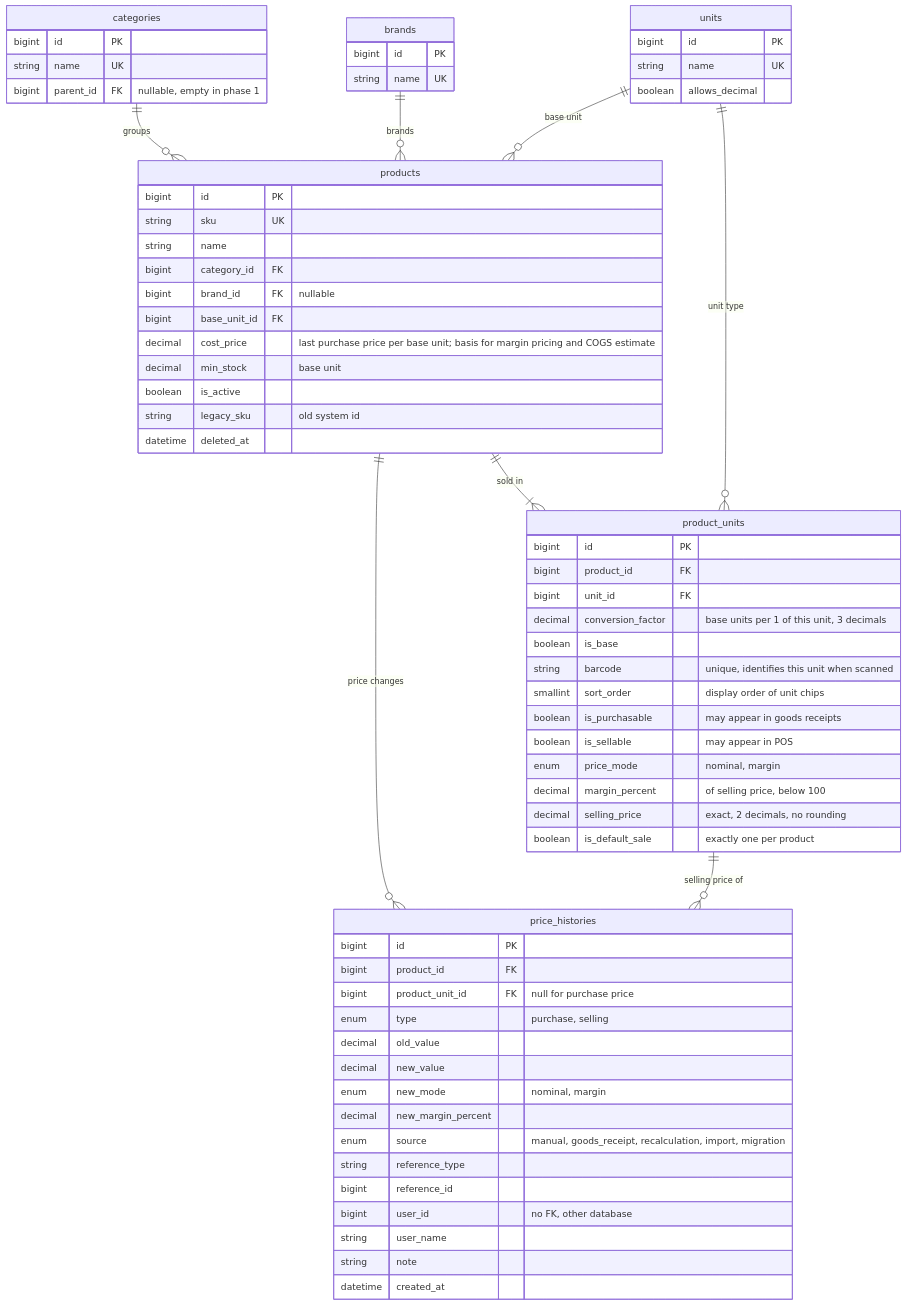
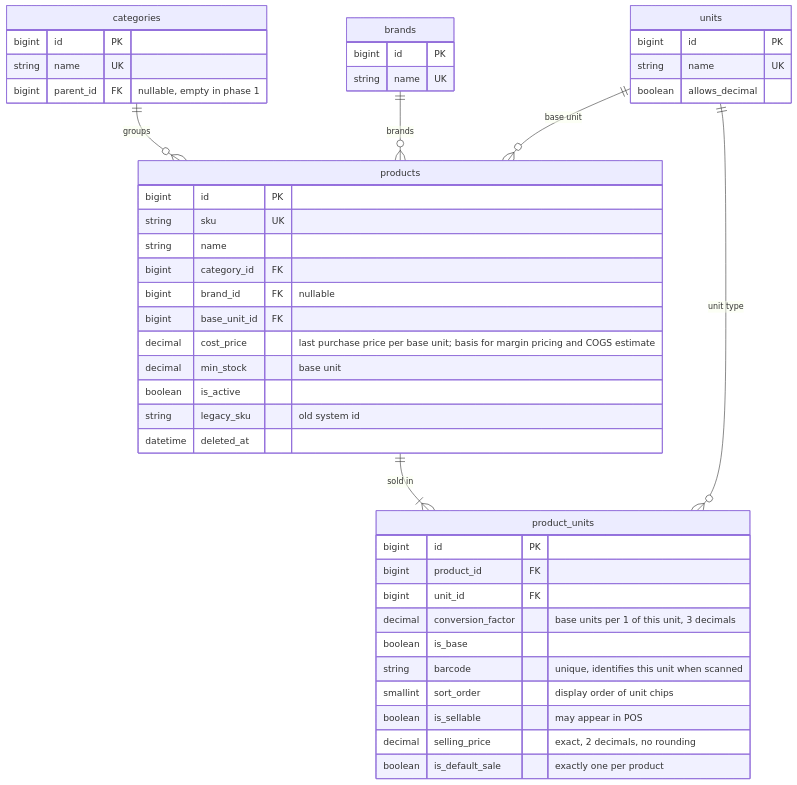
One commit to aliefpraditya/store-management changed diagram 20 of 30 in docs/analisis-sistem.md. Above: the diagram before and after it, drawn with Mermaid. The commit also changed other lines of this file and 13 other files, not shown here.

First line of the commit message:
Redesign wireframe and diagrams for R1, split R2, add PDFs

````diff
--- a/docs/analisis-sistem.md
+++ b/docs/analisis-sistem.md
@@ -989,70 +963,48 @@
 ```mermaid
 erDiagram
     categories ||--o{ products : "groups"
     brands ||--o{ products : "brands"
     units ||--o{ products : "base unit"
     products ||--|{ product_units : "sold in"
     units ||--o{ product_units : "unit type"
-    products ||--o{ price_histories : "price changes"
-    product_units ||--o{ price_histories : "selling price of"
 
     products {
         bigint id PK
         string sku UK
         string name
         bigint category_id FK
         bigint brand_id FK "nullable"
         bigint base_unit_id FK
         decimal cost_price "last purchase price per base unit; basis for margin pricing and COGS estimate"
         decimal min_stock "base unit"
         boolean is_active
         string legacy_sku "old system id"
         datetime deleted_at
     }
     product_units {
         bigint id PK
         bigint product_id FK
         bigint unit_id FK
         decimal conversion_factor "base units per 1 of this unit, 3 decimals"
         boolean is_base
         string barcode "unique, identifies this unit when scanned"
         smallint sort_order "display order of unit chips"
-        boolean is_purchasable "may appear in goods receipts"
         boolean is_sellable "may appear in POS"
-        enum price_mode "nominal, margin"
-        decimal margin_percent "of selling price, below 100"
         decimal selling_price "exact, 2 decimals, no rounding"
         boolean is_default_sale "exactly one per product"
-    }
-    price_histories {
-        bigint id PK
-        bigint product_id FK
-        bigint product_unit_id FK "null for purchase price"
-        enum type "purchase, selling"
-        decimal old_value
-        decimal new_value
-        enum new_mode "nominal, margin"
-        decimal new_margin_percent
-        enum source "manual, goods_receipt, recalculation, import, migration"
-        string reference_type
-        bigint reference_id
-        bigint user_id "no FK, other database"
-        string user_name
-        string note
-        datetime created_at
     }
     categories {
         bigint id PK
         string name UK
         bigint parent_id FK "nullable, empty in phase 1"
     }
     brands {
         bigint id PK
         string name UK
     }
     units {
         bigint id PK
         string name UK
         boolean allows_decimal
     }
 ```
````
